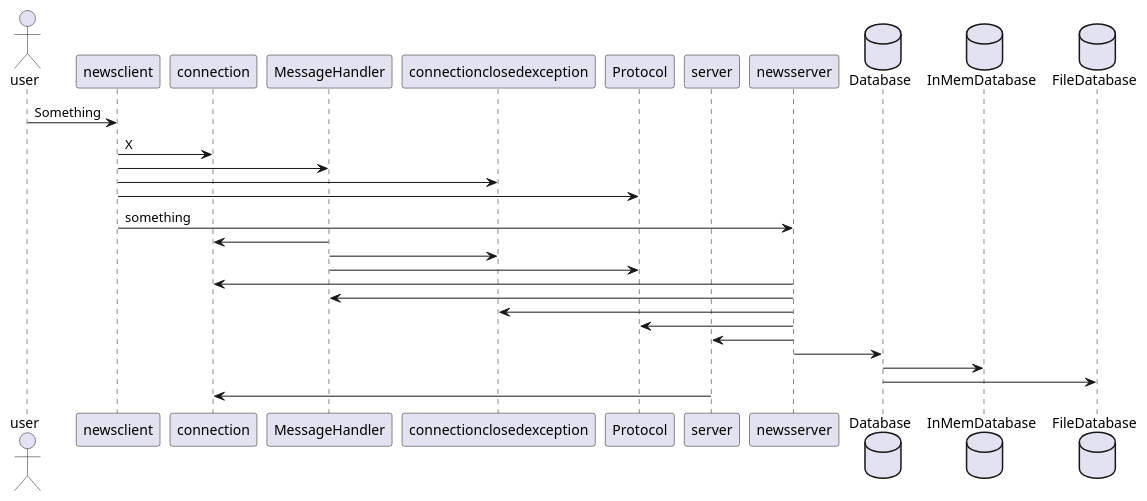
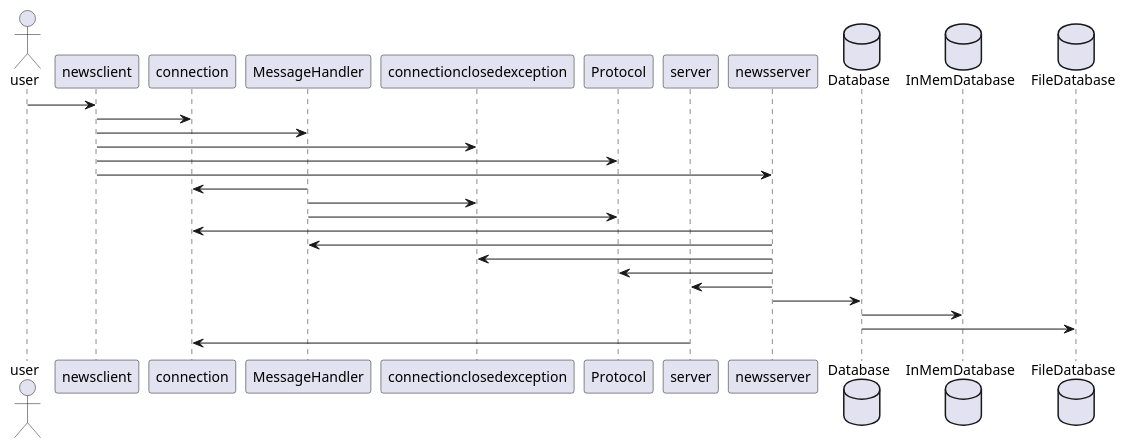
The diagram in client_server_uml.wsd (mikapersson/ANewsSystemImplementation), drawn with PlantUML before and after one commit.

Commit message:
uml structure finished?

```diff
--- a/client_server_uml.wsd
+++ b/client_server_uml.wsd
@@ -1,42 +1,42 @@
 @startuml A Newsserver Implementation
 
 actor user
 
 participant newsclient
 participant connection
 participant MessageHandler
 participant connectionclosedexception
 participant Protocol 
 participant server
 participant newsserver
 
 database Database
 database InMemDatabase
 database FileDatabase 
 
 
-user -> newsclient: Something
+user -> newsclient
 
-newsclient -> connection: X
+newsclient -> connection
 newsclient -> MessageHandler
 newsclient -> connectionclosedexception
 newsclient -> Protocol
-newsclient -> newsserver: something
+newsclient -> newsserver
 
 MessageHandler -> connection
 MessageHandler -> connectionclosedexception
 MessageHandler -> Protocol
 
 newsserver -> connection
 newsserver -> MessageHandler
 newsserver -> connectionclosedexception
 newsserver -> Protocol
 newsserver -> server
 newsserver -> Database
 
 Database -> InMemDatabase
 Database -> FileDatabase
 
 server -> connection
 
 @enduml
```
